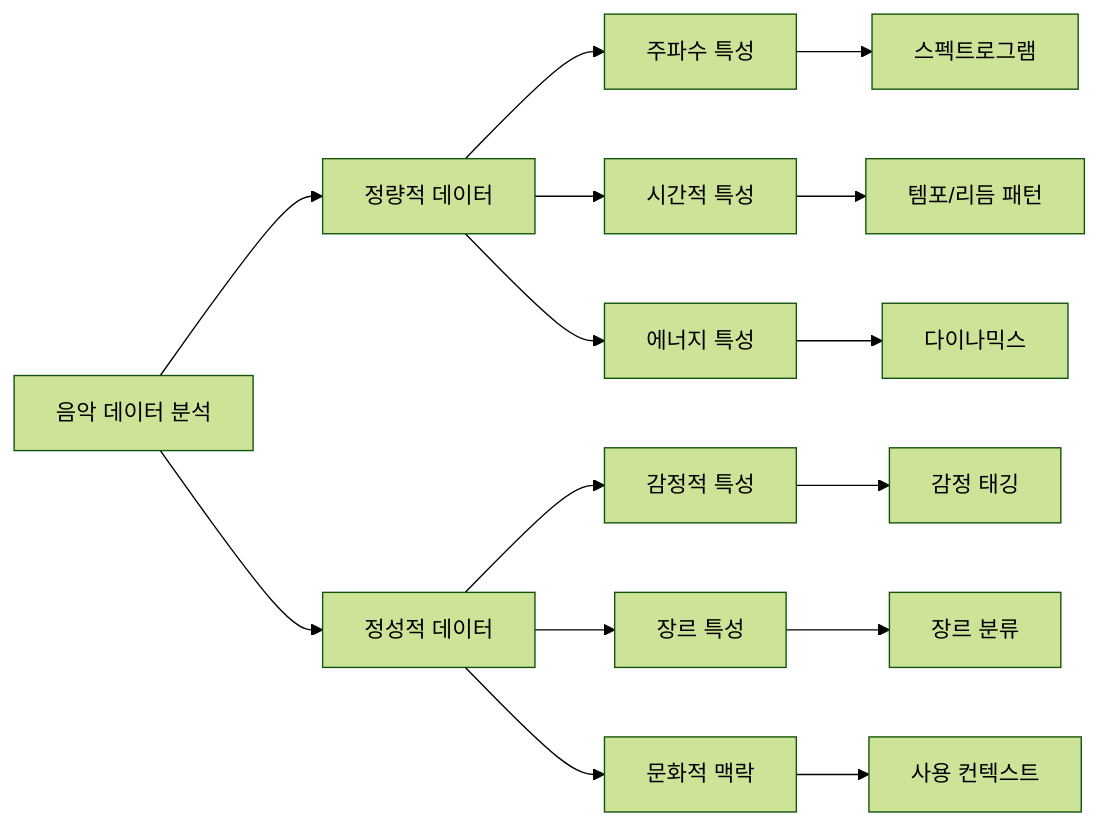
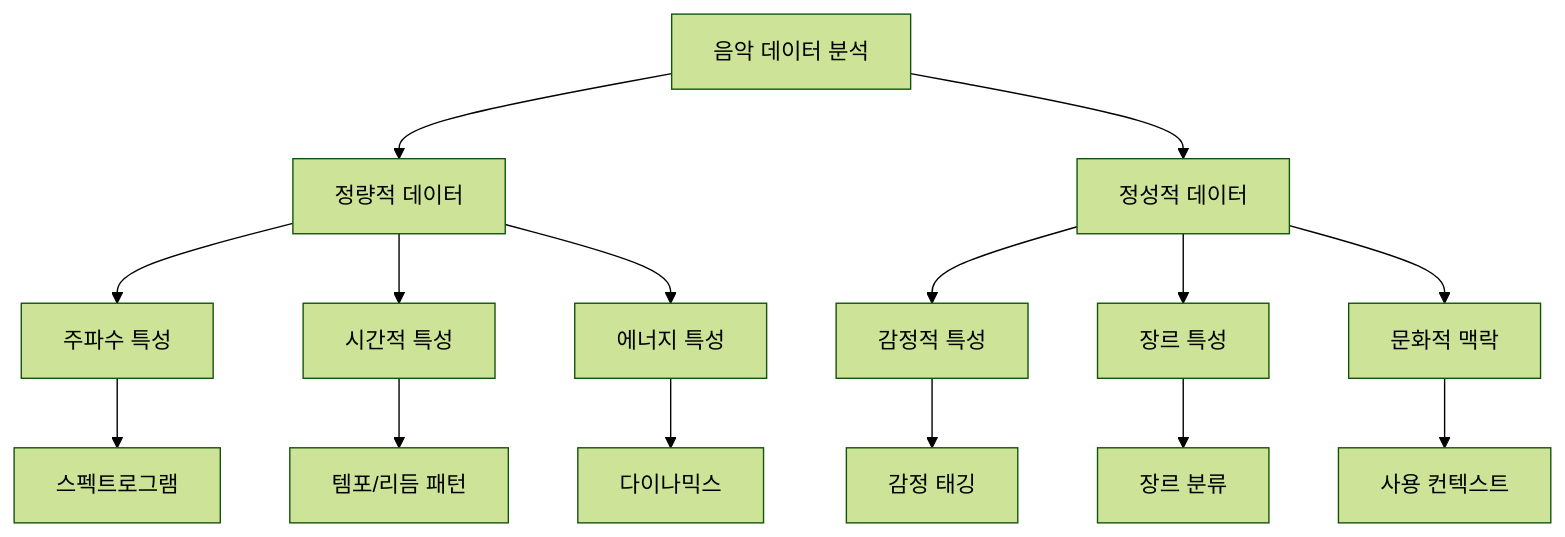
One commit to kimnamwook1/github-sjqtnn4p changed the sixth of 8 diagrams in slides.md. Above: the diagram before and after it, drawn with Mermaid (forest theme). The commit also changed other lines of this file, not shown here.

Commit message:
Third Commit

````diff
--- a/slides.md
+++ b/slides.md
@@ -237,21 +237,21 @@
 ```mermaid
-graph LR
+graph TB
     A[음악 데이터 분석] --> B[정량적 데이터]
     A --> C[정성적 데이터]
     
     B --> B1[주파수 특성]
     B --> B2[시간적 특성]
     B --> B3[에너지 특성]
     
     C --> C1[감정적 특성]
     C --> C2[장르 특성]
     C --> C3[문화적 맥락]
     
     B1 --> D[스펙트로그램]
     B2 --> E[템포/리듬 패턴]
     B3 --> F[다이나믹스]
     
     C1 --> G[감정 태깅]
     C2 --> H[장르 분류]
     C3 --> I[사용 컨텍스트]
 ```
````
